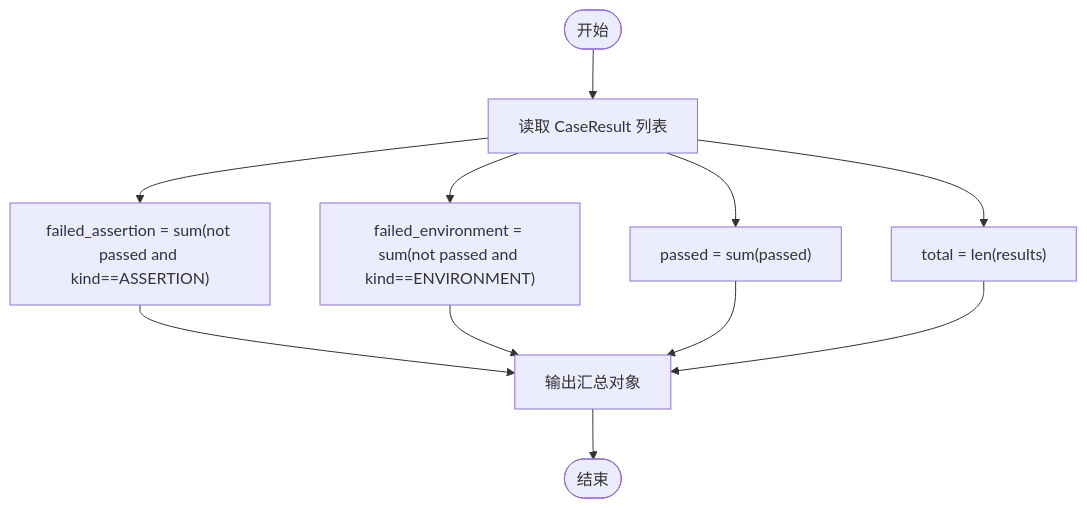
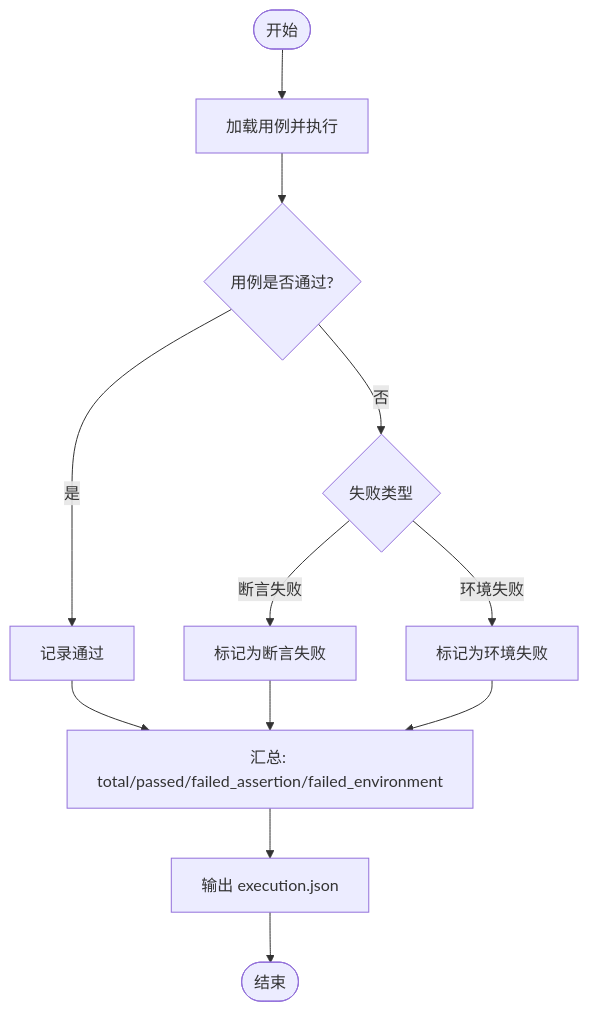
Before and after one commit to Joeyzheng001/LLM-AutoTest: the fourth of 5 diagrams in .qoder/repowiki/zh/content/核心服务/测试执行器.md, drawn with Mermaid. The commit also changed other lines of this file and 186 other files, not shown here.

````diff
--- a/.qoder/repowiki/zh/content/核心服务/测试执行器.md
+++ b/.qoder/repowiki/zh/content/核心服务/测试执行器.md
@@ -171,13 +155,14 @@
 ```mermaid
 flowchart TD
-S(["开始"]) --> R["读取 CaseResult 列表"]
-R --> T["total = len(results)"]
-R --> P["passed = sum(passed)"]
-R --> FA["failed_assertion = sum(not passed and kind==ASSERTION)"]
-R --> FE["failed_environment = sum(not passed and kind==ENVIRONMENT)"]
-FA --> O["输出汇总对象"]
-FE --> O
-P --> O
-T --> O
-O --> E(["结束"])
+Start(["开始"]) --> Load["加载用例并执行"]
+Load --> Result{"用例是否通过?"}
+Result --> |是| Pass["记录通过"]
+Result --> |否| Kind{"失败类型"}
+Kind --> |断言失败| AssertFail["标记为断言失败"]
+Kind --> |环境失败| EnvFail["标记为环境失败"]
+Pass --> Summary["汇总: total/passed/failed_assertion/failed_environment"]
+AssertFail --> Summary
+EnvFail --> Summary
+Summary --> Output["输出 execution.json"]
+Output --> End(["结束"])
 ```
````
